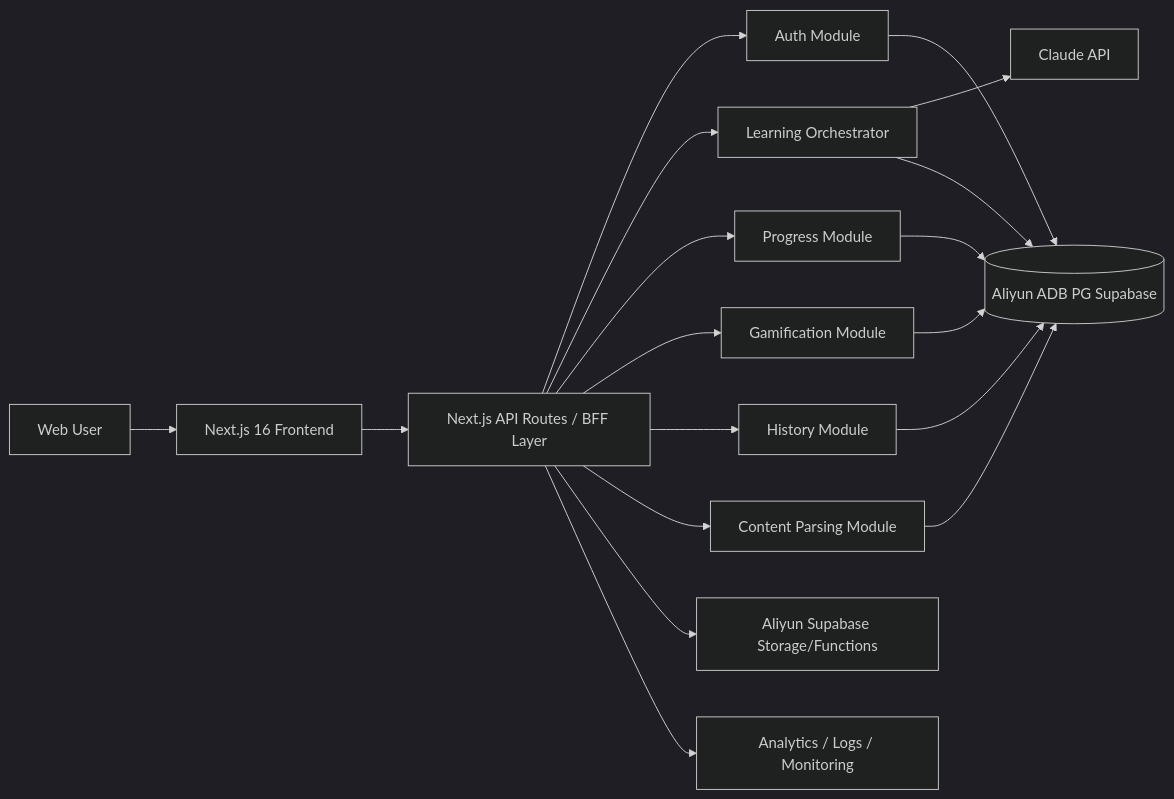
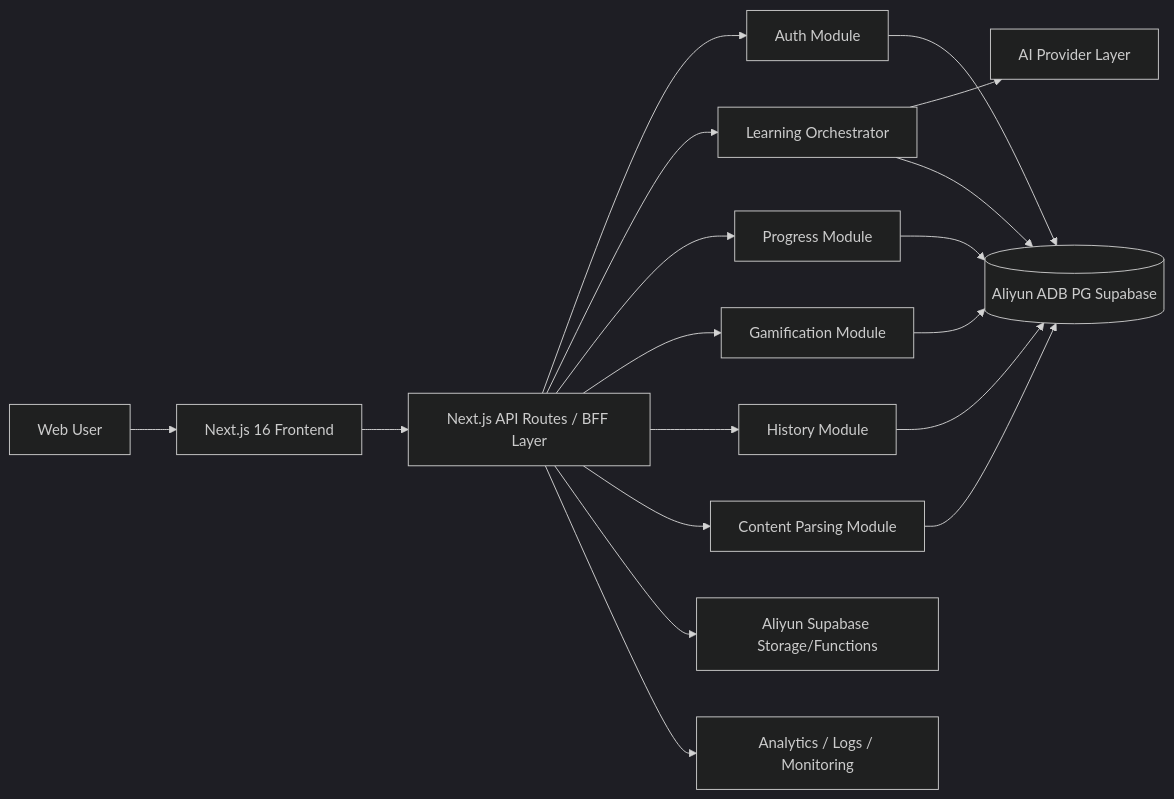
One commit to ChengZhuo2025/codetutor changed the first of 6 diagrams in docs/plans/2026-03-23-ai-coding-tutor-technical-architecture.md. Above: the diagram before and after it, drawn with Mermaid (dark theme). The commit also changed other lines of this file and 5 other files, not shown here.

````diff
--- a/docs/plans/2026-03-23-ai-coding-tutor-technical-architecture.md
+++ b/docs/plans/2026-03-23-ai-coding-tutor-technical-architecture.md
@@ -195,20 +195,20 @@
 ```mermaid
 flowchart LR
     U[Web User] --> FE[Next.js 16 Frontend]
     FE --> BFF[Next.js API Routes / BFF Layer]
     BFF --> AUTH[Auth Module]
     BFF --> LEARN[Learning Orchestrator]
     BFF --> PROG[Progress Module]
     BFF --> GAME[Gamification Module]
     BFF --> HIST[History Module]
     BFF --> LINK[Content Parsing Module]
-    LEARN --> AI[Claude API]
+    LEARN --> AI[AI Provider Layer]
     AUTH --> DB[(Aliyun ADB PG Supabase)]
     LEARN --> DB
     PROG --> DB
     GAME --> DB
     HIST --> DB
     LINK --> DB
     BFF --> STORE[Aliyun Supabase Storage/Functions]
     BFF --> OBS[Analytics / Logs / Monitoring]
 ```
````
